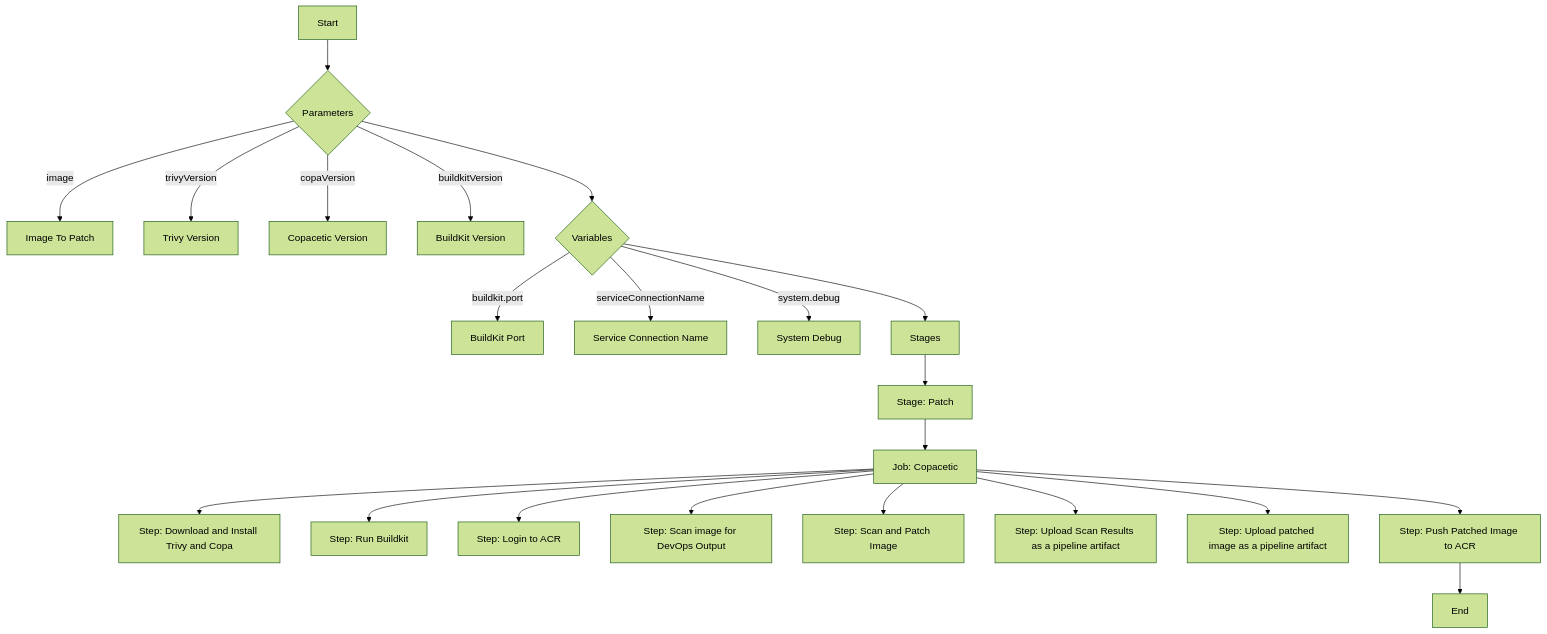
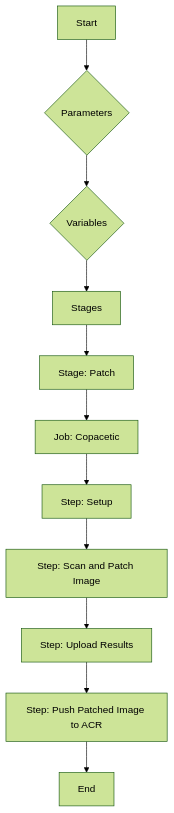
One commit to lukemurraynz/lukemurraynz.github.io changed the diagram in blog/2024-07-22-trivy-copacetic-ado/index.mdx. Above: the diagram before and after it, drawn with Mermaid (forest theme). The commit also changed other lines of this file, not shown here.

````diff
--- a/blog/2024-07-22-trivy-copacetic-ado/index.mdx
+++ b/blog/2024-07-22-trivy-copacetic-ado/index.mdx
@@ -77,24 +77,13 @@
 ```mermaid
 graph TD
-    A[Start] --> B{Parameters}
-    B -->|image| C[Image To Patch]
-    B -->|trivyVersion| D[Trivy Version]
-    B -->|copaVersion| E[Copacetic Version]
-    B -->|buildkitVersion| F[BuildKit Version]
-    B --> G{Variables}
-    G -->|buildkit.port| H[BuildKit Port]
-    G -->|serviceConnectionName| I[Service Connection Name]
-    G -->|system.debug| J[System Debug]
-    G --> K[Stages]
-    K --> L[Stage: Patch]
-    L --> M[Job: Copacetic]
-    M --> N[Step: Download and Install Trivy and Copa]
-    M --> O[Step: Run Buildkit]
-    M --> P[Step: Login to ACR]
-    M --> Q[Step: Scan image for DevOps Output]
-    M --> R[Step: Scan and Patch Image]
-    M --> S[Step: Upload Scan Results as a pipeline artifact]
-    M --> T[Step: Upload patched image as a pipeline artifact]
-    M --> U[Step: Push Patched Image to ACR]
-    U --> V[End]
+  A[Start] --> B{Parameters}
+  B --> C{Variables}
+  C --> D[Stages]
+  D --> E[Stage: Patch]
+  E --> F[Job: Copacetic]
+  F --> G[Step: Setup]
+  G --> H[Step: Scan and Patch Image]
+  H --> I[Step: Upload Results]
+  I --> J[Step: Push Patched Image to ACR]
+  J --> K[End]
 ```
````
